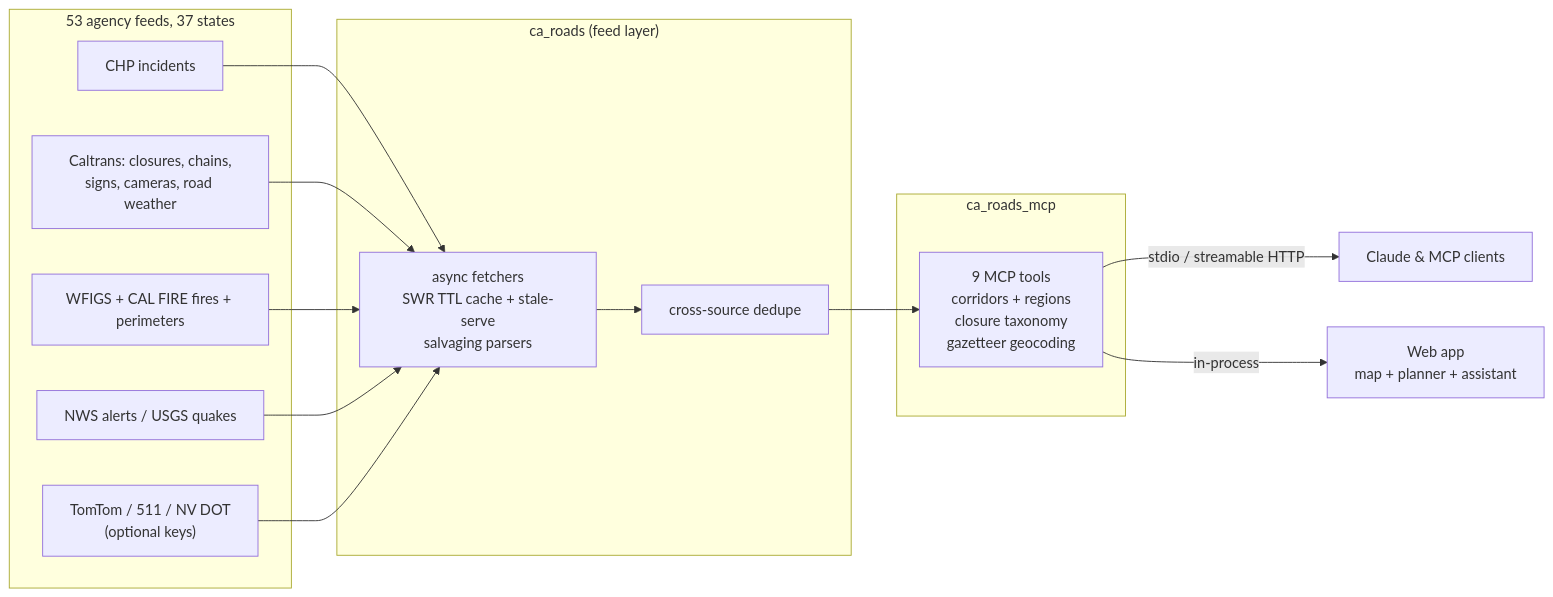
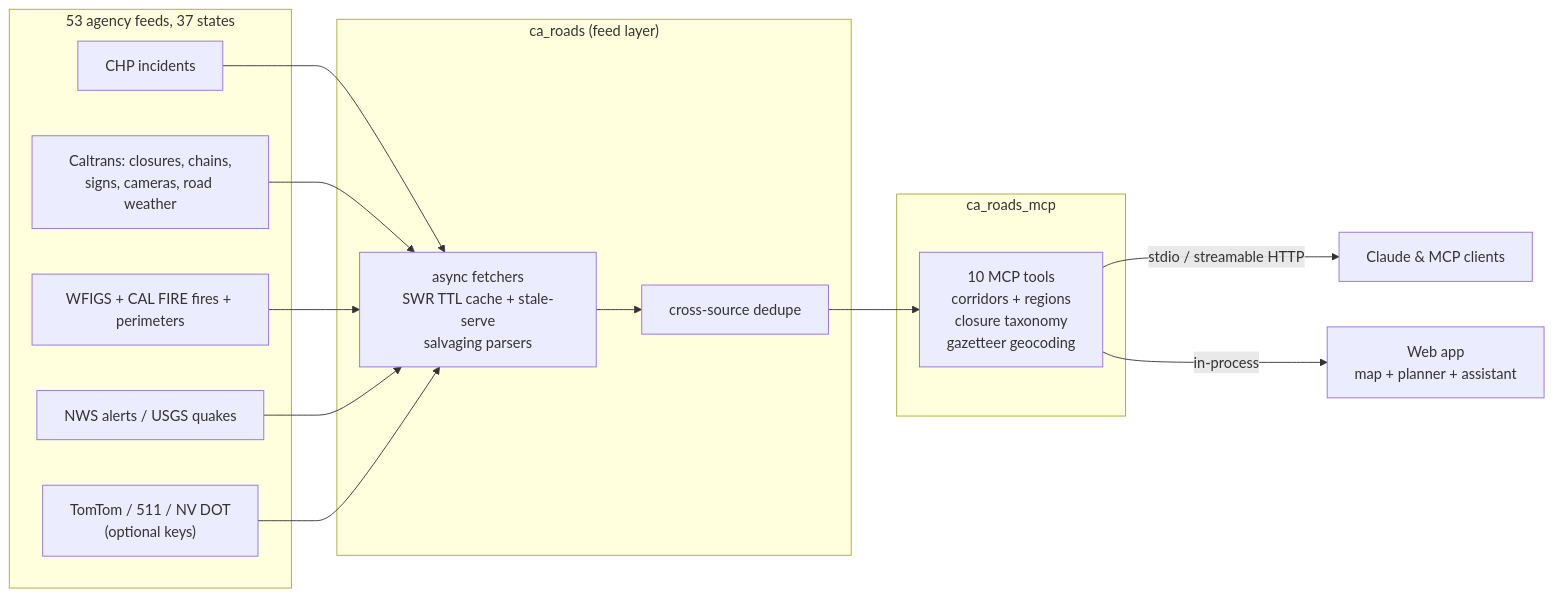
The diagram in docs/architecture.md (nicglazkov/commutescout), drawn with Mermaid before and after one commit. The commit also changed other lines of this file and 6 other files, not shown here.

````diff
--- a/docs/architecture.md
+++ b/docs/architecture.md
@@ -3,20 +3,20 @@
 ```mermaid
 flowchart LR
     subgraph feeds["53 agency feeds, 37 states"]
         CHP["CHP incidents"]
         CT["Caltrans: closures, chains,<br/>signs, cameras, road weather"]
         WF["WFIGS + CAL FIRE fires + perimeters"]
         WX["NWS alerts / USGS quakes"]
         OPT["TomTom / 511 / NV DOT<br/>(optional keys)"]
     end
     subgraph pkg["ca_roads (feed layer)"]
         F["async fetchers<br/>SWR TTL cache + stale-serve<br/>salvaging parsers"]
         D["cross-source dedupe"]
     end
     subgraph srv["ca_roads_mcp"]
-        T["9 MCP tools<br/>corridors + regions<br/>closure taxonomy<br/>gazetteer geocoding"]
+        T["10 MCP tools<br/>corridors + regions<br/>closure taxonomy<br/>gazetteer geocoding"]
     end
     CHP & CT & WF & WX & OPT --> F --> D --> T
     T -->|"stdio / streamable HTTP"| MCP["Claude & MCP clients"]
     T -->|"in-process"| DEMO["Web app<br/>map + planner + assistant"]
 ```
````
